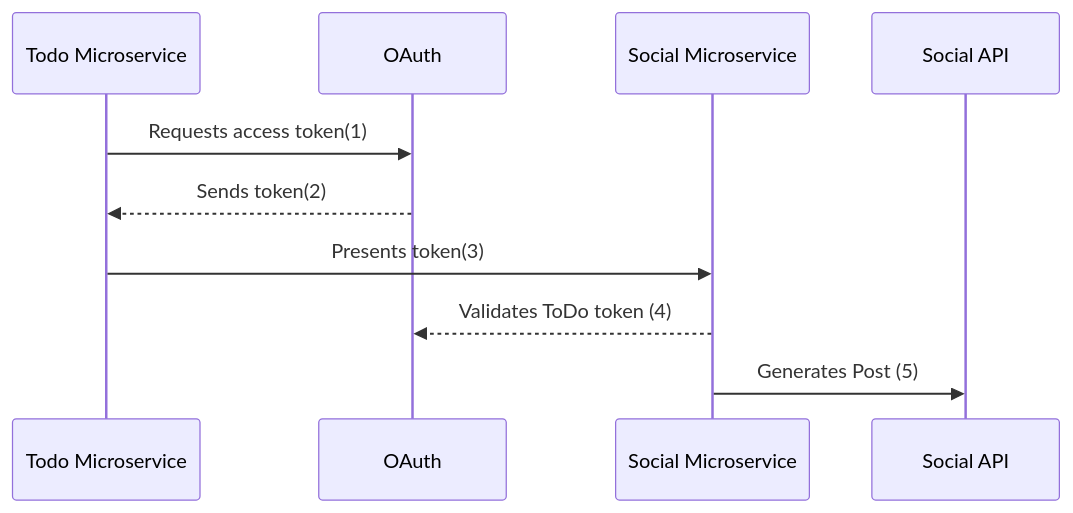
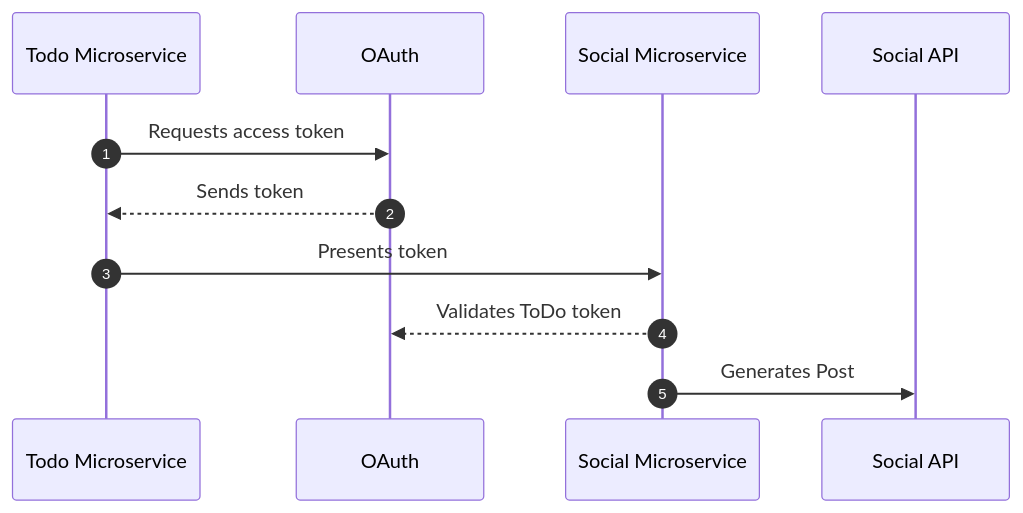
The diagram in standards/oauth.md (JaimeStill/modern-auth), drawn with Mermaid before and after one commit.

Commit message:
oauth: diagram formatting

````diff
--- a/standards/oauth.md
+++ b/standards/oauth.md
@@ -226,12 +226,13 @@
 ```mermaid
 sequenceDiagram
+    autonumber
     participant tm as Todo Microservice
     participant oauth as OAuth
     participant sm as Social Microservice
     participant sa as Social API
-    tm->>oauth: Requests access token(1)
-    oauth-->>tm: Sends token(2)
-    tm->>sm: Presents token(3)
-    sm-->>oauth: Validates ToDo token (4)
-    sm->>sa: Generates Post (5)
+    tm->>oauth: Requests access token
+    oauth-->>tm: Sends token
+    tm->>sm: Presents token
+    sm-->>oauth: Validates ToDo token
+    sm->>sa: Generates Post
 ```
````
